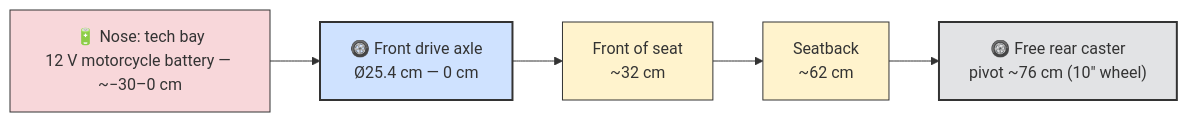
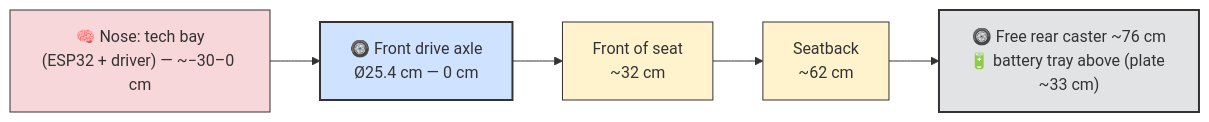
The second of 9 diagrams in README.md (pinkymaxou/powered-soapbox-car), drawn with Mermaid before and after one commit. The commit also changed other lines of this file and 8 other files, not shown here.

````diff
--- a/README.md
+++ b/README.md
@@ -171,19 +172,19 @@
 ```mermaid
 flowchart LR
-    BAY["🔋 Nose: tech bay<br/>12 V motorcycle battery — ~−30–0 cm"]
+    BAY["🧠 Nose: tech bay<br/>(ESP32 + driver) — ~−30–0 cm"]
     AV["🛞 Front drive axle<br/>Ø25.4 cm — 0 cm"]
     ASS["Front of seat<br/>~32 cm"]
     DOS["Seatback<br/>~62 cm"]
-    AR["🛞 Free rear caster<br/>pivot ~76 cm (10″ wheel)"]
+    AR["🛞 Free rear caster ~76 cm<br/>🔋 battery tray above (plate ~33 cm)"]
 
     BAY --> AV --> ASS --> DOS --> AR
 
     classDef axe fill:#cfe2ff,stroke:#333,stroke-width:2px;
     classDef caster fill:#e2e3e5,stroke:#333,stroke-width:2px;
     classDef ergo fill:#fff3cd,stroke:#333;
     classDef elec fill:#f8d7da,stroke:#333;
     class AV axe;
     class AR caster;
     class ASS,DOS ergo;
     class BAY elec;
 ```
````
